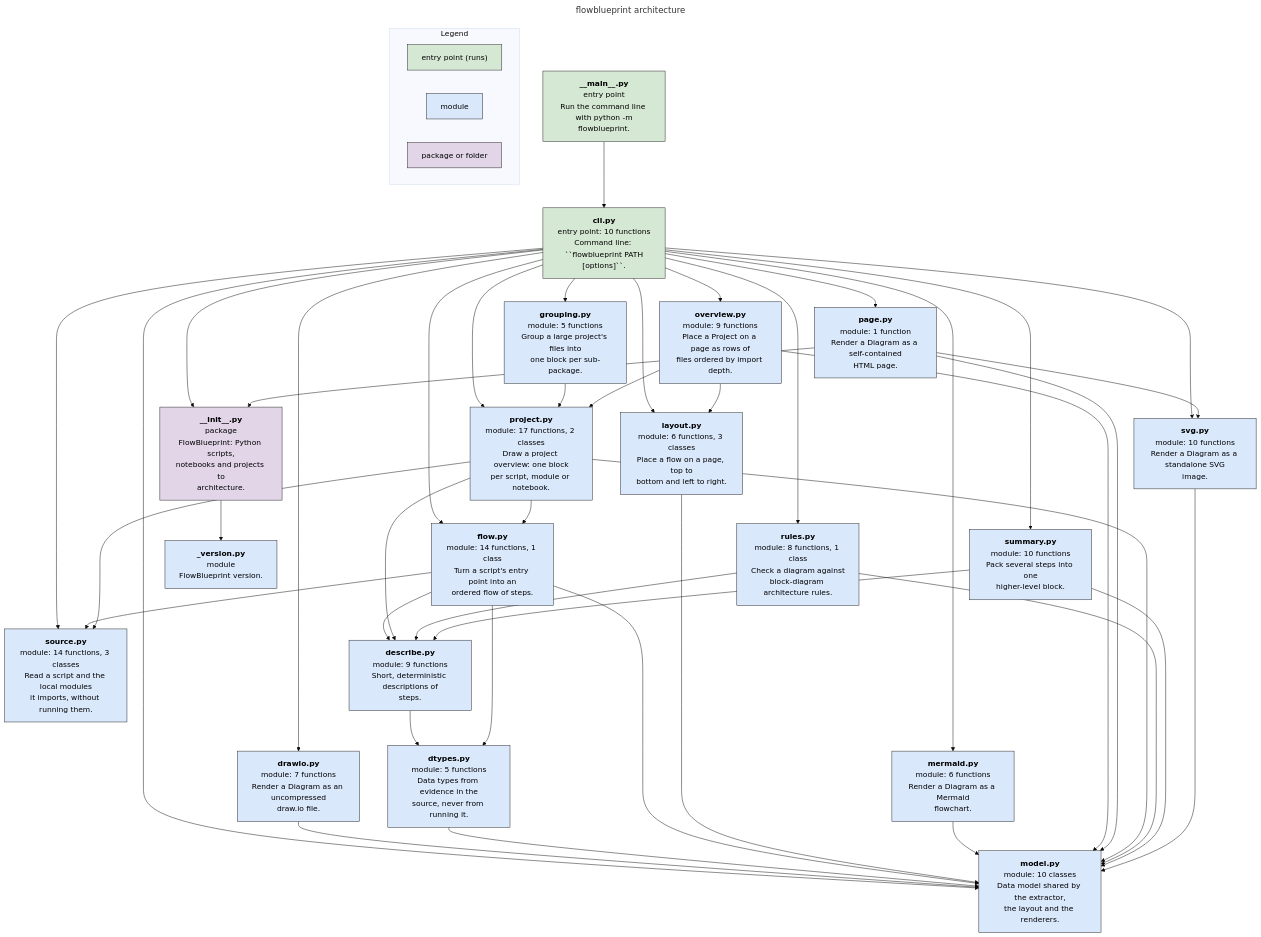
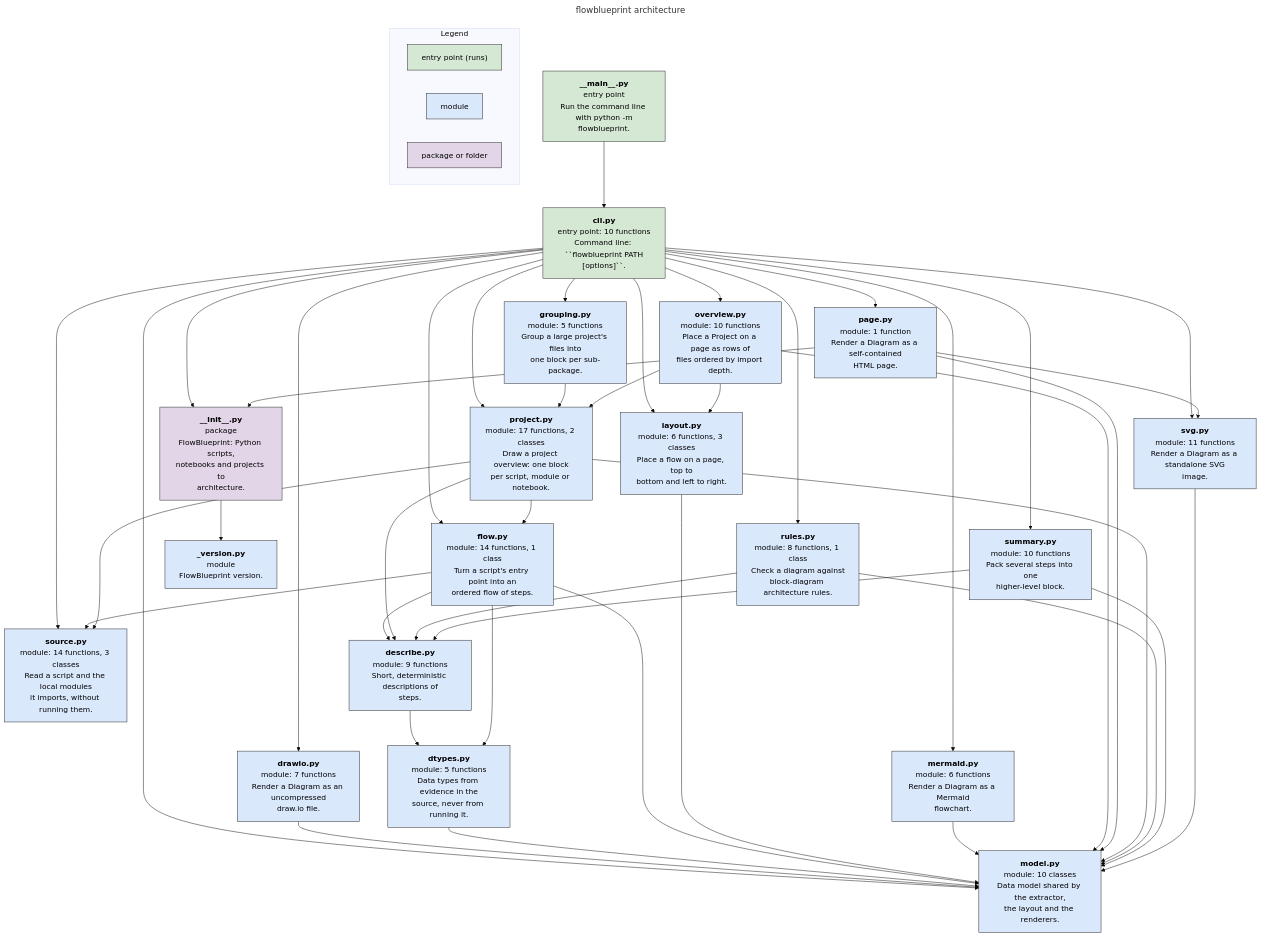
The diagram in ARCHITECTURE.md (SAMtheROCKET/flowblueprint), drawn with Mermaid (base theme) before and after one commit. The commit also changed 8 other files, not shown here.

First line of the commit message:
Route overview arrows that skip rows around the blocks

````diff
--- a/ARCHITECTURE.md
+++ b/ARCHITECTURE.md
@@ -5,74 +5,74 @@
 ```mermaid
 ---
 title: "flowblueprint architecture"
 ---
 flowchart TD
     n1["<b>__main__.py</b><br/>entry point<br/>Run the command line with python -m<br/>flowblueprint."]:::module1
     n2["<b>cli.py</b><br/>entry point: 10 functions<br/>Command line: #96;#96;flowblueprint PATH<br/>[options]#96;#96;."]:::module1
     n3["<b>drawio.py</b><br/>module: 7 functions<br/>Render a Diagram as an uncompressed<br/>draw.io file."]:::module2
     n4["<b>grouping.py</b><br/>module: 5 functions<br/>Group a large project's files into<br/>one block per sub-package."]:::module2
     n5["<b>mermaid.py</b><br/>module: 6 functions<br/>Render a Diagram as a Mermaid<br/>flowchart."]:::module2
-    n6["<b>overview.py</b><br/>module: 9 functions<br/>Place a Project on a page as rows of<br/>files ordered by import depth."]:::module2
+    n6["<b>overview.py</b><br/>module: 10 functions<br/>Place a Project on a page as rows of<br/>files ordered by import depth."]:::module2
     n7["<b>page.py</b><br/>module: 1 function<br/>Render a Diagram as a self-contained<br/>HTML page."]:::module2
     n8["<b>rules.py</b><br/>module: 8 functions, 1 class<br/>Check a diagram against<br/>block-diagram architecture rules."]:::module2
     n9["<b>summary.py</b><br/>module: 10 functions<br/>Pack several steps into one<br/>higher-level block."]:::module2
     n10["<b>project.py</b><br/>module: 17 functions, 2 classes<br/>Draw a project overview: one block<br/>per script, module or notebook."]:::module2
     n11["<b>layout.py</b><br/>module: 6 functions, 3 classes<br/>Place a flow on a page, top to<br/>bottom and left to right."]:::module2
     n12["<b>__init__.py</b><br/>package<br/>FlowBlueprint: Python scripts,<br/>notebooks and projects to<br/>architecture."]:::module3
-    n13["<b>svg.py</b><br/>module: 10 functions<br/>Render a Diagram as a standalone SVG<br/>image."]:::module2
+    n13["<b>svg.py</b><br/>module: 11 functions<br/>Render a Diagram as a standalone SVG<br/>image."]:::module2
     n14["<b>flow.py</b><br/>module: 14 functions, 1 class<br/>Turn a script's entry point into an<br/>ordered flow of steps."]:::module2
     n15["<b>_version.py</b><br/>module<br/>FlowBlueprint version."]:::module2
     n16["<b>source.py</b><br/>module: 14 functions, 3 classes<br/>Read a script and the local modules<br/>it imports, without running them."]:::module2
     n17["<b>describe.py</b><br/>module: 9 functions<br/>Short, deterministic descriptions of<br/>steps."]:::module2
     n18["<b>dtypes.py</b><br/>module: 5 functions<br/>Data types from evidence in the<br/>source, never from running it."]:::module2
     n19["<b>model.py</b><br/>module: 10 classes<br/>Data model shared by the extractor,<br/>the layout and the renderers."]:::module2
     n12 --> n15
     n1 --> n2
     n2 --> n12
     n2 --> n3
     n2 --> n14
     n2 --> n11
     n2 --> n4
     n2 --> n5
     n2 --> n19
     n2 --> n6
     n2 --> n7
     n2 --> n10
     n2 --> n8
     n2 --> n16
     n2 --> n13
     n2 --> n9
     n17 --> n18
     n3 --> n19
     n18 --> n19
     n14 --> n17
     n14 --> n18
     n14 --> n19
     n14 --> n16
     n4 --> n10
     n11 --> n19
     n5 --> n19
     n6 --> n11
     n6 --> n19
     n6 --> n10
     n7 --> n12
     n7 --> n19
     n7 --> n13
     n10 --> n17
     n10 --> n14
     n10 --> n19
     n10 --> n16
     n8 --> n17
     n8 --> n19
     n9 --> n17
     n9 --> n19
     n13 --> n19
     subgraph legend["Legend"]
         legend1["entry point (runs)"]:::module1
         legend2["module"]:::module2
         legend3["package or folder"]:::module3
     end
     classDef module1 fill:#d5e8d4,stroke:#222222,color:#000000
     classDef module2 fill:#dae8fc,stroke:#222222,color:#000000
     classDef module3 fill:#e1d5e7,stroke:#222222,color:#000000
 ```
````
